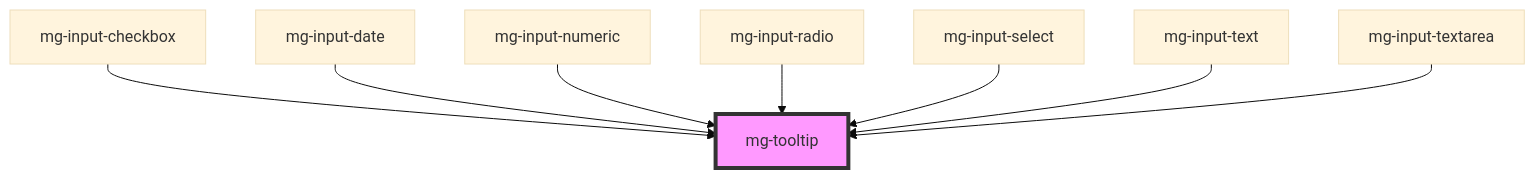
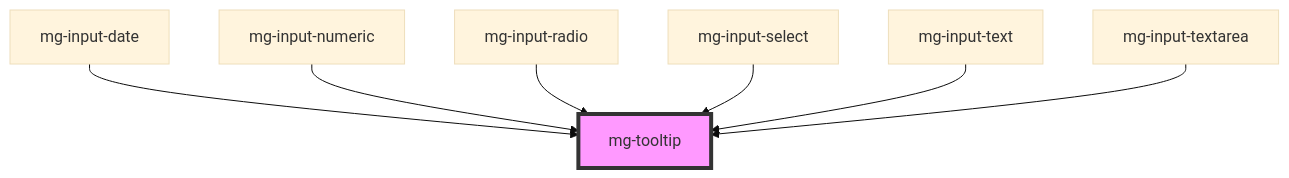
Before and after one commit to MGDIS/mg-components: the diagram in src/components/atoms/mg-tooltip/readme.md, drawn with Mermaid (base theme). The commit also changed other lines of this file and 7 other files, not shown here.

````diff
--- a/src/components/atoms/mg-tooltip/readme.md
+++ b/src/components/atoms/mg-tooltip/readme.md
@@ -28,11 +27,10 @@
 ```mermaid
 graph TD;
-  mg-input-checkbox --> mg-tooltip
   mg-input-date --> mg-tooltip
   mg-input-numeric --> mg-tooltip
   mg-input-radio --> mg-tooltip
   mg-input-select --> mg-tooltip
   mg-input-text --> mg-tooltip
   mg-input-textarea --> mg-tooltip
   style mg-tooltip fill:#f9f,stroke:#333,stroke-width:4px
 ```
````
